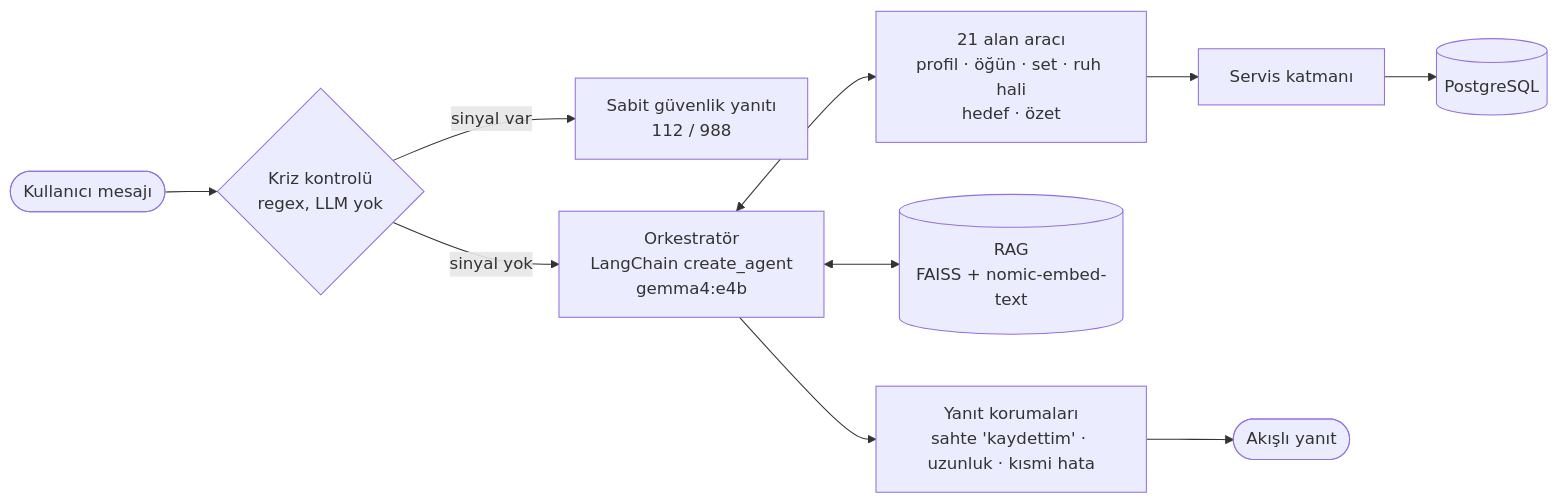
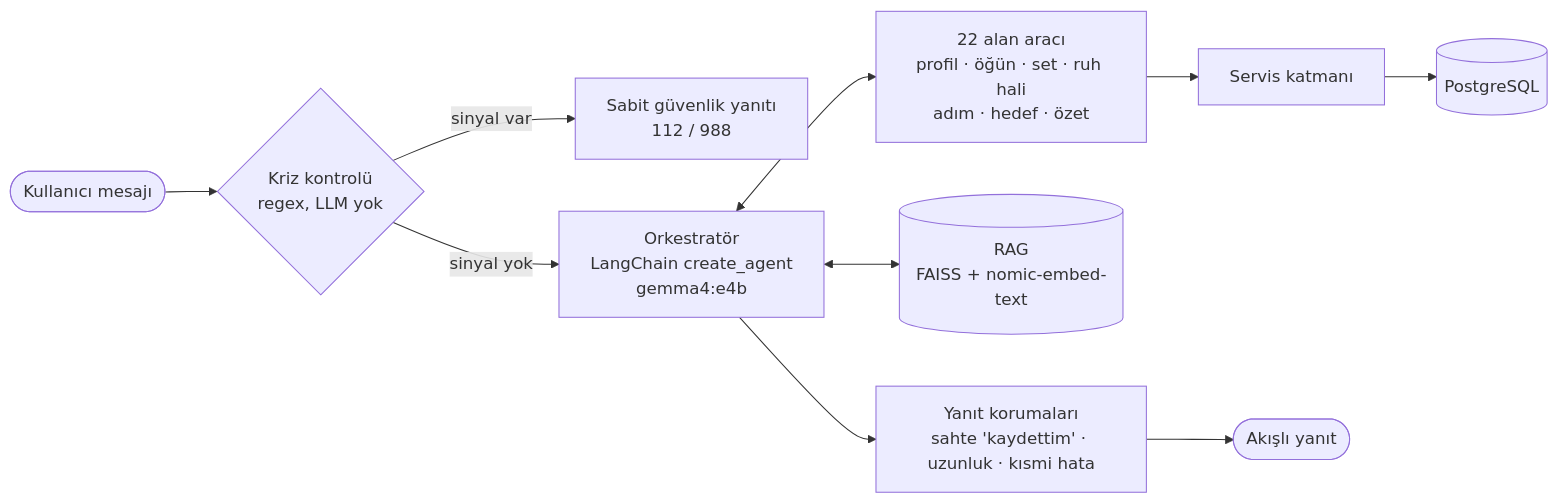
Before and after one commit to BoraErenErdem/pulse-coach: the first of 2 diagrams in README.tr.md, drawn with Mermaid. The commit also changed other lines of this file and 4 other files, not shown here.

````diff
--- a/README.tr.md
+++ b/README.tr.md
@@ -86,11 +86,11 @@
 ```mermaid
 flowchart LR
     U([Kullanıcı mesajı]) --> C{Kriz kontrolü<br/>regex, LLM yok}
     C -- sinyal var --> T[Sabit güvenlik yanıtı<br/>112 / 988]
     C -- sinyal yok --> O[Orkestratör<br/>LangChain create_agent<br/>gemma4:e4b]
-    O <--> TL[21 alan aracı<br/>profil · öğün · set · ruh hali<br/>hedef · özet]
+    O <--> TL[22 alan aracı<br/>profil · öğün · set · ruh hali<br/>adım · hedef · özet]
     O <--> R[(RAG<br/>FAISS + nomic-embed-text)]
     TL --> S[Servis katmanı] --> DB[(PostgreSQL)]
     O --> G[Yanıt korumaları<br/>sahte 'kaydettim' · uzunluk · kısmi hata]
     G --> SSE([Akışlı yanıt])
 ```
````
